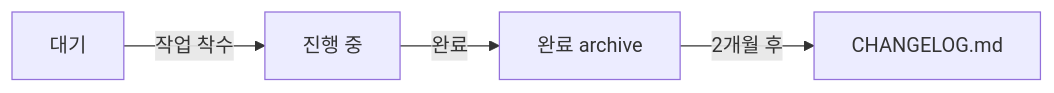
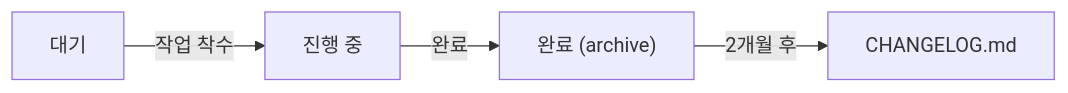
One commit to storkspear/spring-backend-template-docs-viewer changed the diagram in docs/conventions/git-workflow.md. Above: the diagram before and after it, drawn with Mermaid. The commit also changed 1 other file, not shown here.

Commit message:
fix: mermaid text clipping and node label quoting

````diff
--- a/docs/conventions/git-workflow.md
+++ b/docs/conventions/git-workflow.md
@@ -200,6 +200,6 @@
 ```mermaid
 flowchart LR
-  A[대기] -->|작업 착수| B[진행 중]
-  B -->|완료| C[완료 archive]
-  C -->|2개월 후| D[CHANGELOG.md]
+  A["대기"] -->|"작업 착수"| B["진행 중"]
+  B -->|"완료"| C["완료 (archive)"]
+  C -->|"2개월 후"| D["CHANGELOG.md"]
 ```
````
